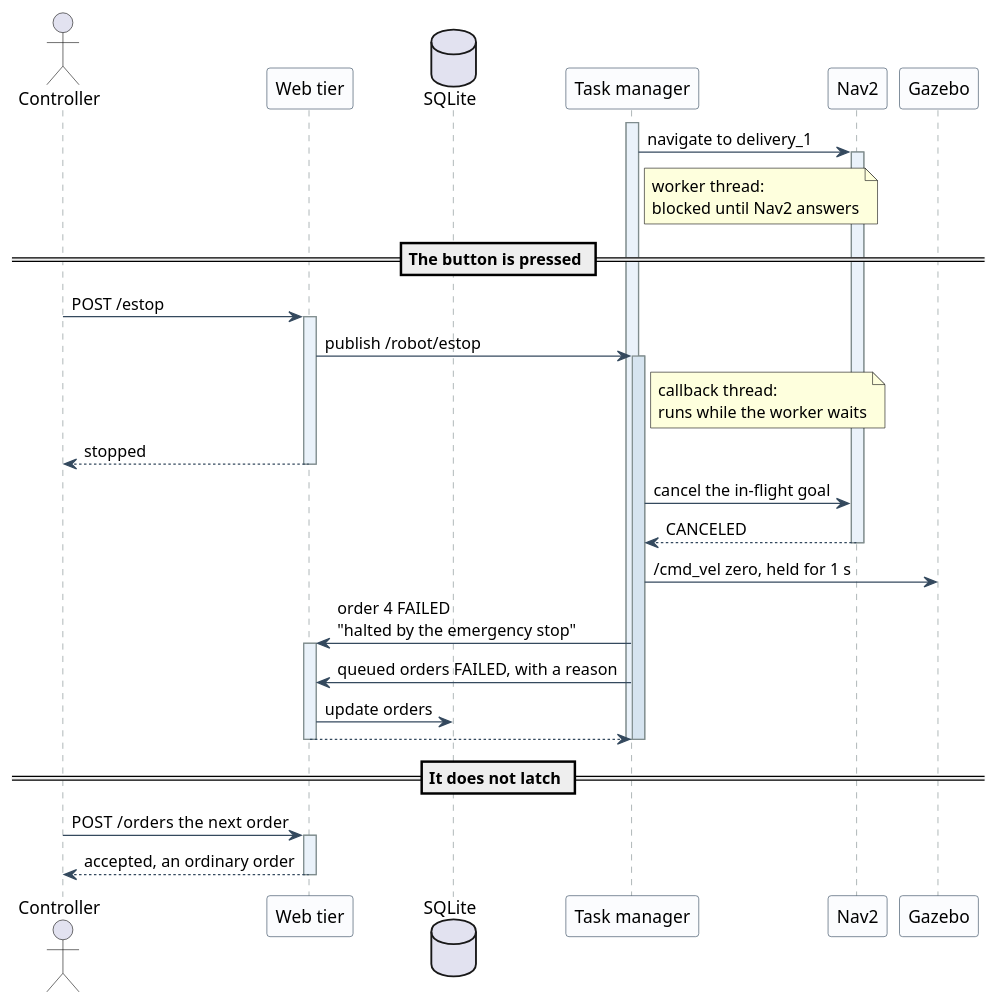
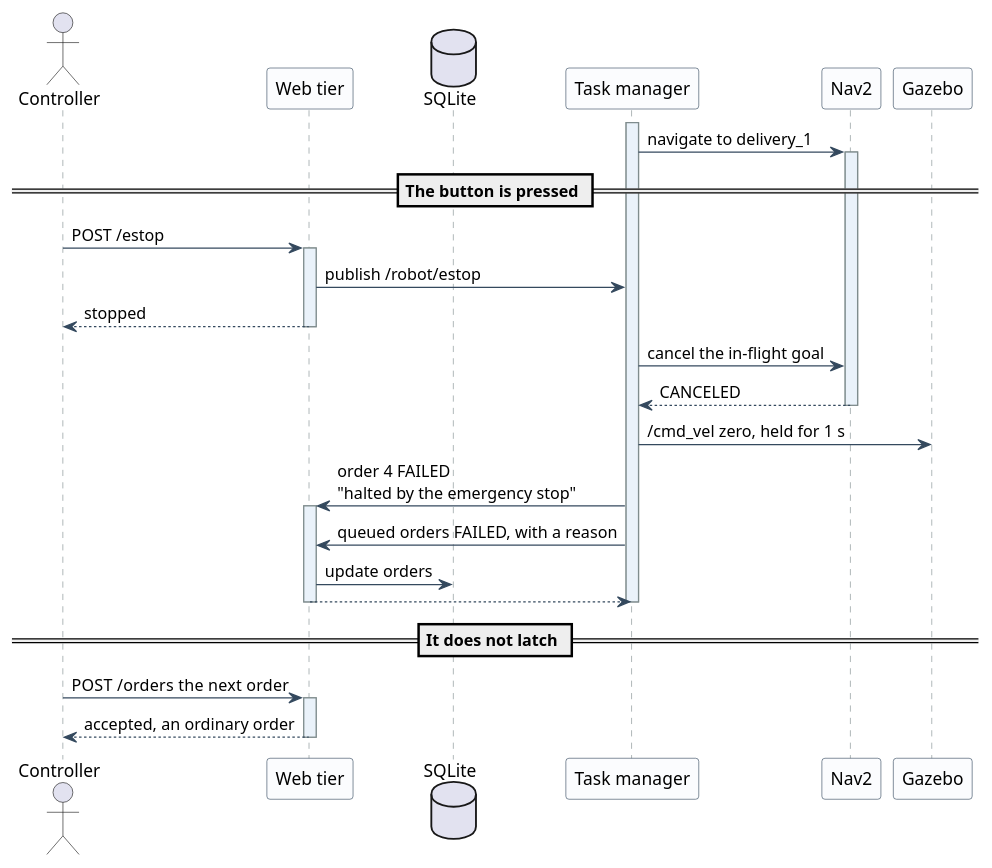
The diagram in report/uml/12-sequence-emergency-stop.puml (ArianShafagh/robofetch), drawn with PlantUML before and after one commit. The commit also changed other lines of this file and 2 other files, not shown here.

```diff
--- a/report/uml/12-sequence-emergency-stop.puml
+++ b/report/uml/12-sequence-emergency-stop.puml
@@ -11,44 +8,39 @@
 @startuml
 skinparam backgroundColor White
 skinparam shadowing false
 skinparam sequence {
   ArrowColor #34495E
   LifeLineBorderColor #7F8C8D
   ParticipantBorderColor #34495E
   ParticipantBackgroundColor #FBFCFE
   LifeLineBackgroundColor #EAF2FA
 }
 
 actor Controller as C
 participant "Web tier" as API
 database "SQLite" as DB
 participant "Task manager" as TM
 participant "Nav2" as NAV
 participant "Gazebo" as GZ
 
 activate TM
 TM -> NAV ++ : navigate to delivery_1
-note right of TM : worker thread:\nblocked until Nav2 answers
 
 == The button is pressed ==
 C -> API ++ : POST /estop
 API -> TM : publish /robot/estop
-activate TM #D6E4F0
-note right of TM : callback thread:\nruns while the worker waits
 API --> C -- : stopped
-
 TM -> NAV : cancel the in-flight goal
 NAV --> TM -- : CANCELED
 TM -> GZ : /cmd_vel zero, held for 1 s
 TM -> API ++ : order 4 FAILED\n"halted by the emergency stop"
 TM -> API : queued orders FAILED, with a reason
 API -> DB : update orders
 API --> TM --
 deactivate TM
-deactivate TM
 
 == It does not latch ==
 C -> API ++ : POST /orders  the next order
 API --> C -- : accepted, an ordinary order
 
 @enduml
```
